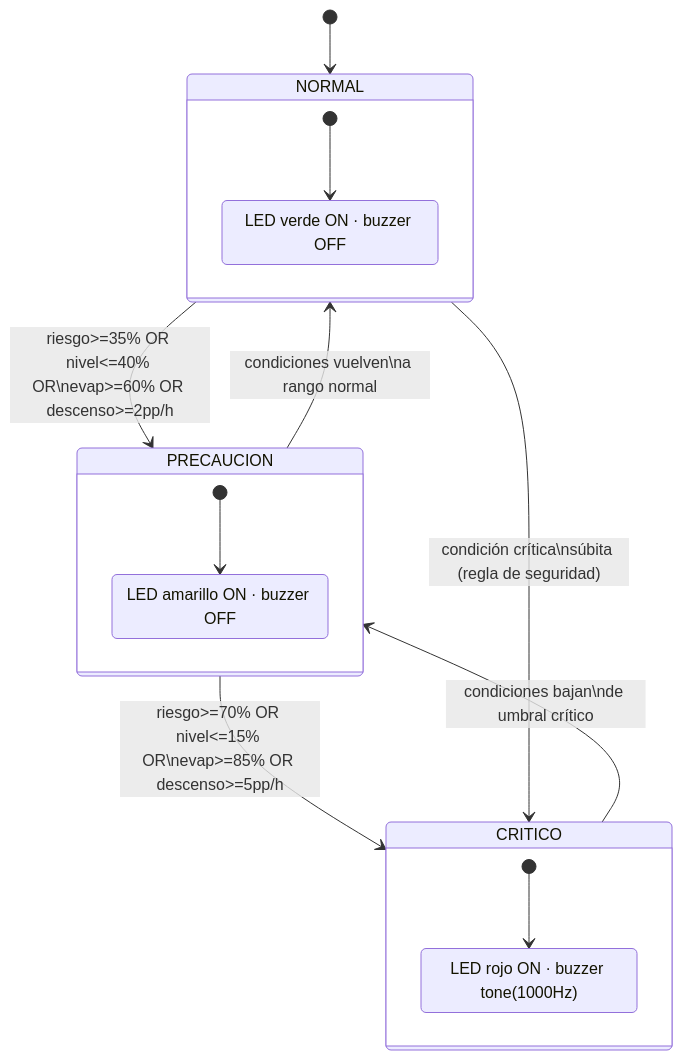
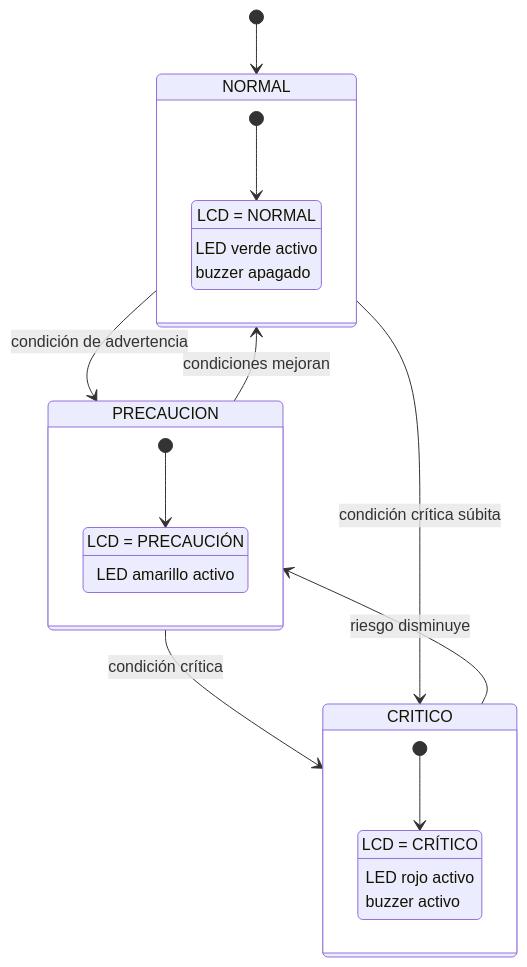
One commit to jorgis857/sistema-alerta-temprana-riesgo-hidrico changed the first of 3 diagrams in wiki/03-Desarrollo-Modular.md. Above: the diagram before and after it, drawn with Mermaid. The commit also changed other lines of this file and 10 other files, not shown here.

````diff
--- a/wiki/03-Desarrollo-Modular.md
+++ b/wiki/03-Desarrollo-Modular.md
@@ -64,22 +149,30 @@
 ```mermaid
 stateDiagram-v2
     [*] --> NORMAL
-    NORMAL --> PRECAUCION: riesgo>=35% OR nivel<=40% OR\nevap>=60% OR descenso>=2pp/h
-    PRECAUCION --> CRITICO: riesgo>=70% OR nivel<=15% OR\nevap>=85% OR descenso>=5pp/h
-    PRECAUCION --> NORMAL: condiciones vuelven\na rango normal
-    CRITICO --> PRECAUCION: condiciones bajan\nde umbral crítico
-    NORMAL --> CRITICO: condición crítica\nsúbita (regla de seguridad)
+
+    NORMAL --> PRECAUCION: condición de advertencia
+    PRECAUCION --> CRITICO: condición crítica
+    PRECAUCION --> NORMAL: condiciones mejoran
+    CRITICO --> PRECAUCION: riesgo disminuye
+    NORMAL --> CRITICO: condición crítica súbita
 
     state NORMAL {
-        [*] --> LED_Verde_ON
-        LED_Verde_ON: LED verde ON · buzzer OFF
+        [*] --> LED_Verde
+        LED_Verde: LCD = NORMAL
+        LED_Verde: LED verde activo
+        LED_Verde: buzzer apagado
     }
+
     state PRECAUCION {
-        [*] --> LED_Amarillo_ON
-        LED_Amarillo_ON: LED amarillo ON · buzzer OFF
+        [*] --> LED_Amarillo
+        LED_Amarillo: LCD = PRECAUCIÓN
+        LED_Amarillo: LED amarillo activo
     }
+
     state CRITICO {
-        [*] --> LED_Rojo_ON
-        LED_Rojo_ON: LED rojo ON · buzzer tone(1000Hz)
+        [*] --> LED_Rojo
+        LED_Rojo: LCD = CRÍTICO
+        LED_Rojo: LED rojo activo
+        LED_Rojo: buzzer activo
     }
 ```
````
